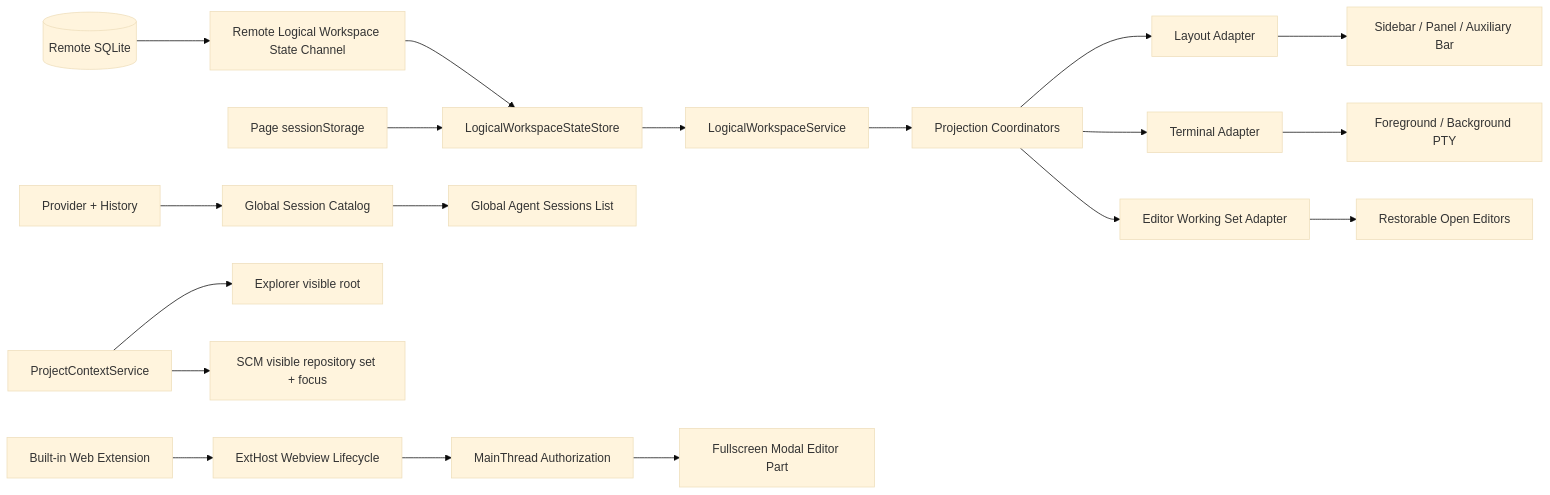
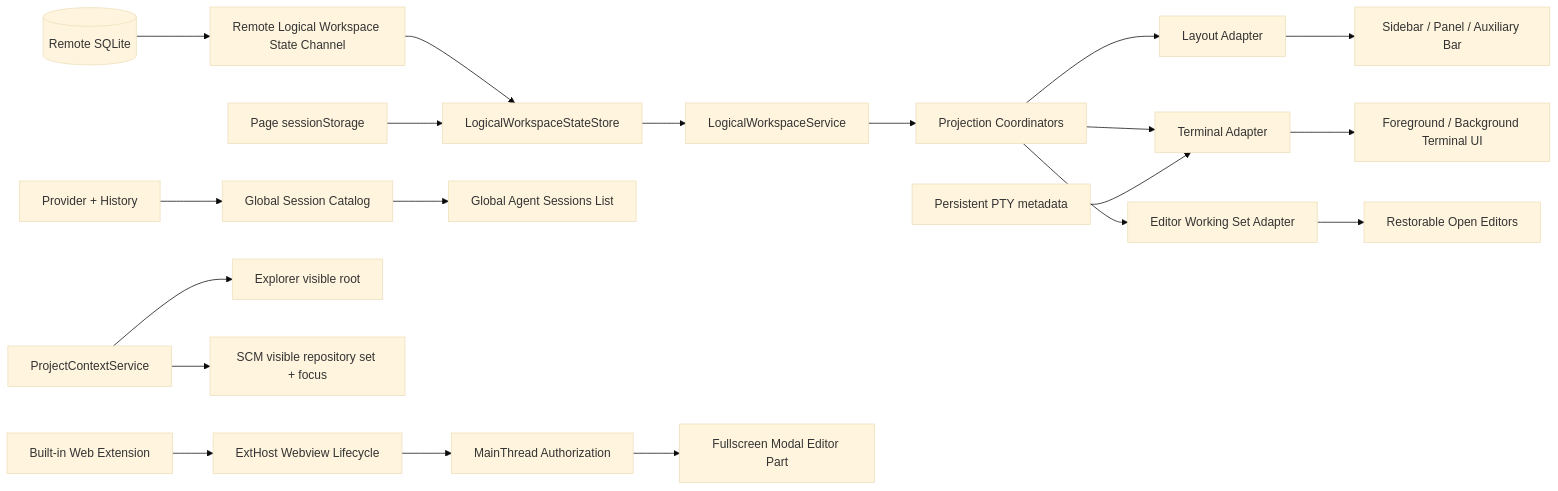
One commit to ActivePeter/vibe-vscode changed the diagram in vibe_vscode_doc/design/pr1_logical_workspace_and_fullscreen.md. Above: the diagram before and after it, drawn with Mermaid (base theme). The commit also changed other lines of this file and 24 other files, not shown here.

````diff
--- a/vibe_vscode_doc/design/pr1_logical_workspace_and_fullscreen.md
+++ b/vibe_vscode_doc/design/pr1_logical_workspace_and_fullscreen.md
@@ -127,26 +129,27 @@
 ```mermaid
 flowchart LR
     RemoteDB[(Remote SQLite)] --> Server[Remote Logical Workspace State Channel]
     Server --> Store[LogicalWorkspaceStateStore]
     Session[Page sessionStorage] --> Store
     Store --> Registry[LogicalWorkspaceService]
 
     Registry --> Projection[Projection Coordinators]
     Projection --> Layout[Layout Adapter]
     Projection --> Terminal[Terminal Adapter]
     Projection --> Editor[Editor Working Set Adapter]
 
     Layout --> Shell[Sidebar / Panel / Auxiliary Bar]
-    Terminal --> PTY[Foreground / Background PTY]
+    PTY[Persistent PTY metadata] --> Terminal
+    Terminal --> ShellTerminal[Foreground / Background Terminal UI]
     Editor --> Editors[Restorable Open Editors]
 
     Providers[Provider + History] --> Catalog[Global Session Catalog]
     Catalog --> AgentList[Global Agent Sessions List]
 
     Project[ProjectContextService] --> Explorer[Explorer visible root]
     Project --> SCM[SCM visible repository set + focus]
 
     Builtin[Built-in Web Extension] --> ExtHost[ExtHost Webview Lifecycle]
     ExtHost --> MainThread[MainThread Authorization]
     MainThread --> Modal[Fullscreen Modal Editor Part]
 ```
````
